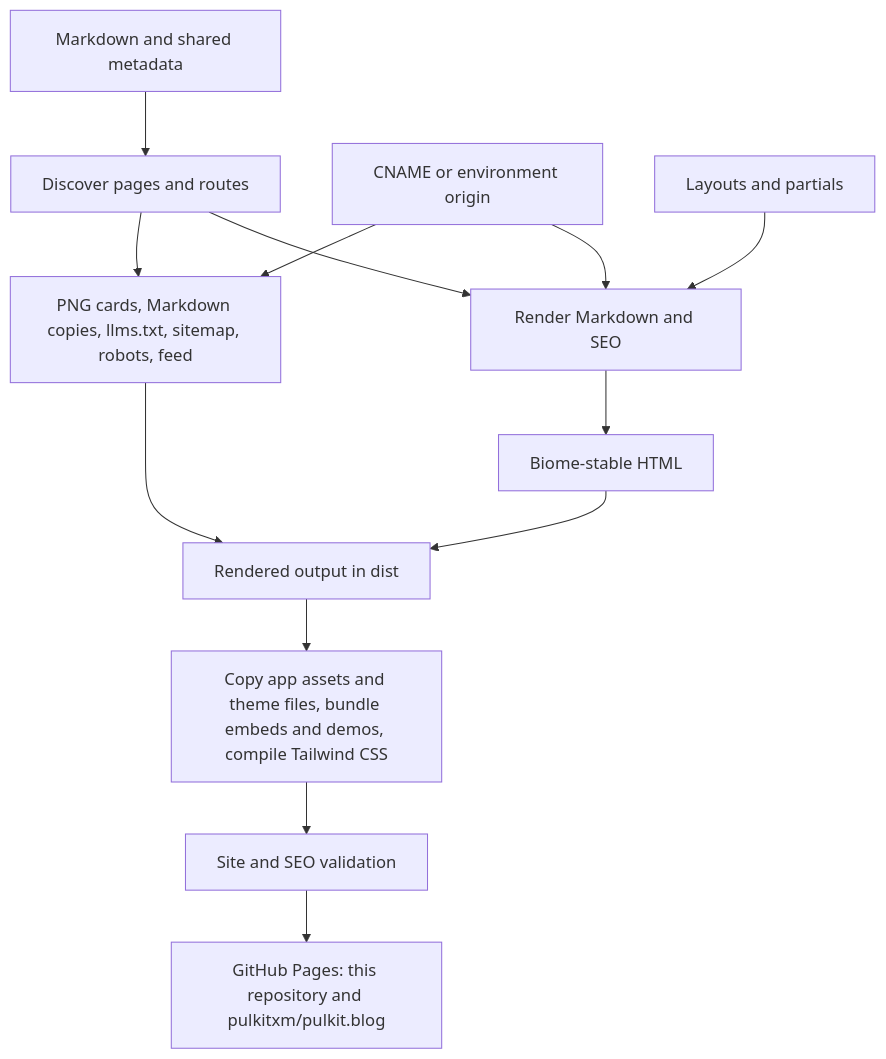
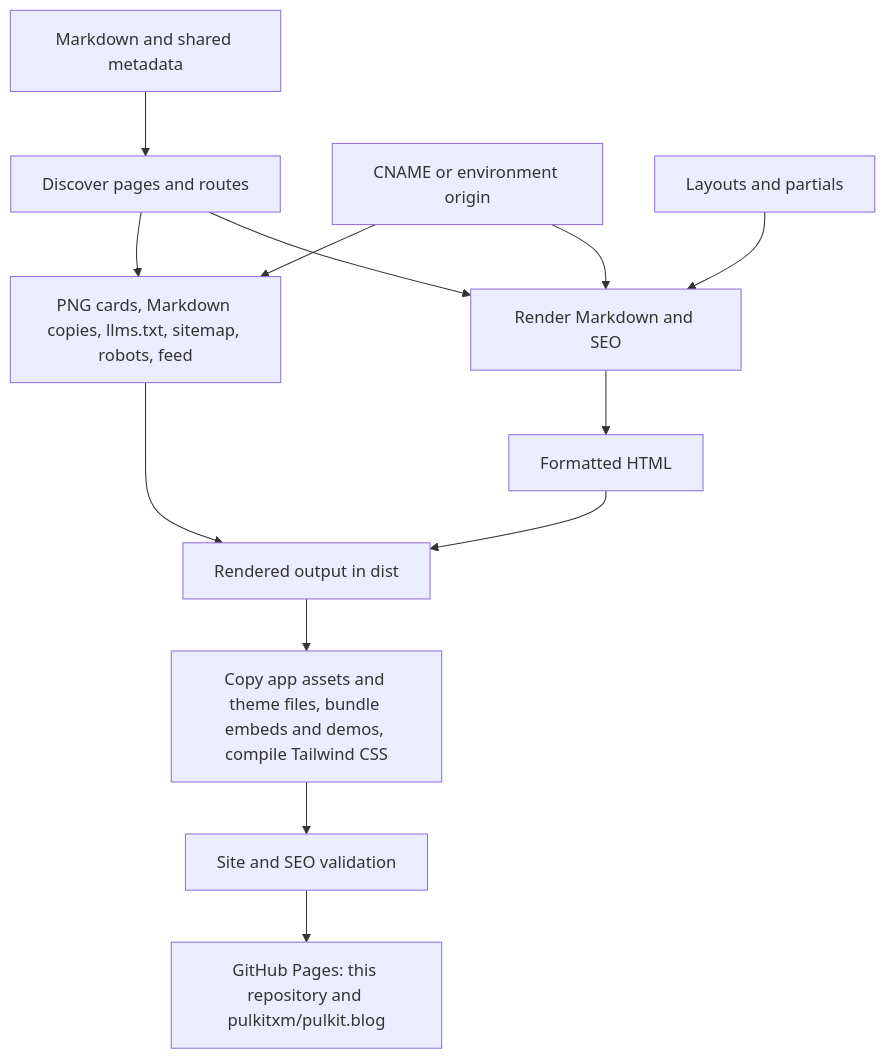
The diagram in docs/rendering-flow.md (pulkitxm/pulkit.page), drawn with Mermaid before and after one commit. The commit also changed other lines of this file and 15 other files, not shown here.

````diff
--- a/docs/rendering-flow.md
+++ b/docs/rendering-flow.md
@@ -7,15 +11,15 @@
 ```mermaid
 flowchart TD
   A[Markdown and shared metadata] --> B[Discover pages and routes]
   O[CNAME or environment origin] --> C[Render Markdown and SEO]
   B --> C
   L[Layouts and partials] --> C
-  C --> D[Biome-stable HTML]
+  C --> D[Formatted HTML]
   B --> E[PNG cards, Markdown copies, llms.txt, sitemap, robots, feed]
   O --> E
   D --> F[Rendered output in dist]
   E --> F
   F --> I[Copy app assets and theme files, bundle embeds and demos, compile Tailwind CSS]
   I --> J[Site and SEO validation]
   J --> K[GitHub Pages: this repository and pulkitxm/pulkit.blog]
 ```
````
